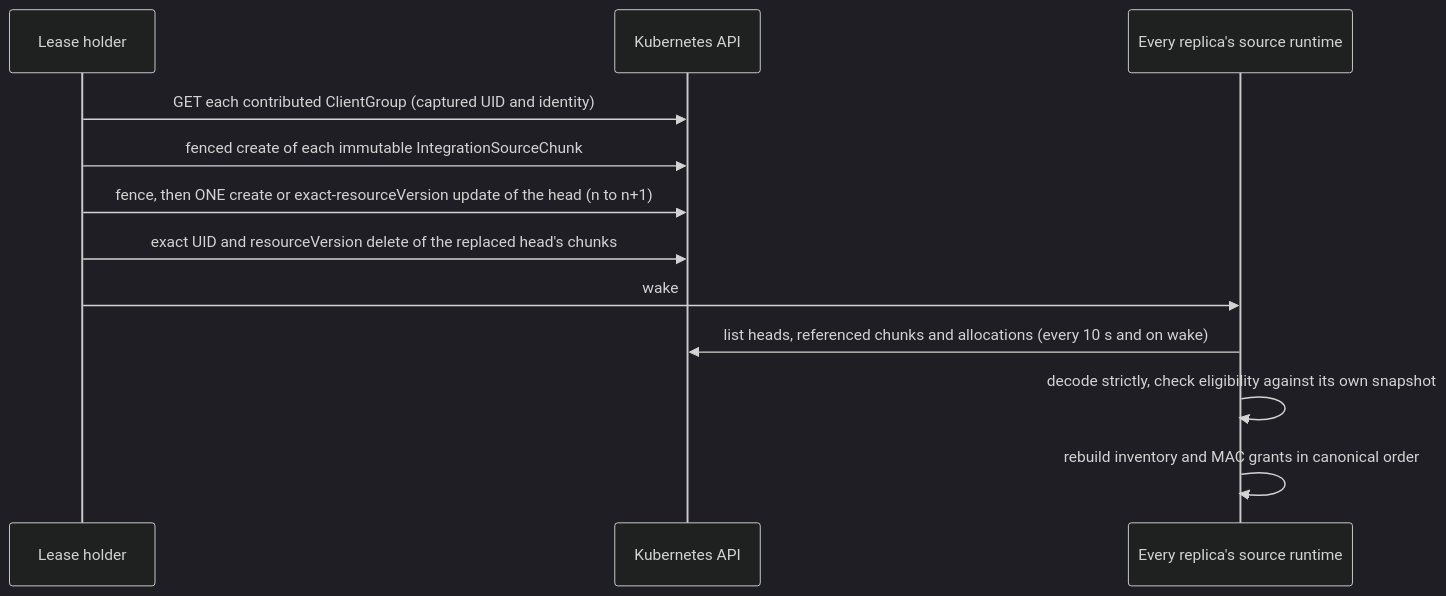
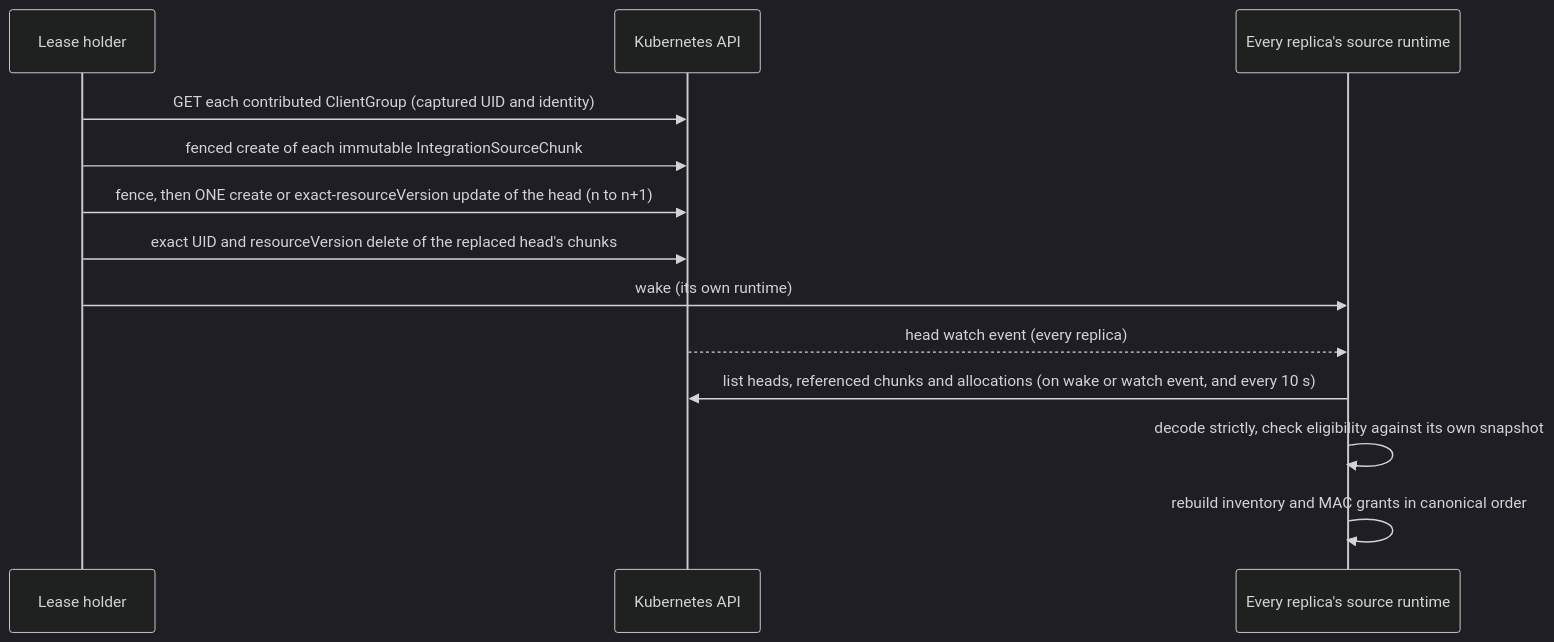
One commit to robertherbaugh/kudurru changed the fifth of 14 diagrams in docs/architecture/integrations.md. Above: the diagram before and after it, drawn with Mermaid (dark theme). The commit also changed other lines of this file and 1 other file, not shown here.

Commit message:
docs(integrations): describe uncertain head writes, hints and head watches

````diff
--- a/docs/architecture/integrations.md
+++ b/docs/architecture/integrations.md
@@ -237,14 +237,15 @@
 ```mermaid
 sequenceDiagram
     participant Holder as Lease holder
     participant API as Kubernetes API
     participant Replica as Every replica's source runtime
     Holder->>API: GET each contributed ClientGroup (captured UID and identity)
     Holder->>API: fenced create of each immutable IntegrationSourceChunk
     Holder->>API: fence, then ONE create or exact-resourceVersion update of the head (n to n+1)
     Holder->>API: exact UID and resourceVersion delete of the replaced head's chunks
-    Holder->>Replica: wake
-    Replica->>API: list heads, referenced chunks and allocations (every 10 s and on wake)
+    Holder->>Replica: wake (its own runtime)
+    API-->>Replica: head watch event (every replica)
+    Replica->>API: list heads, referenced chunks and allocations (on wake or watch event, and every 10 s)
     Replica->>Replica: decode strictly, check eligibility against its own snapshot
     Replica->>Replica: rebuild inventory and MAC grants in canonical order
 ```
````
